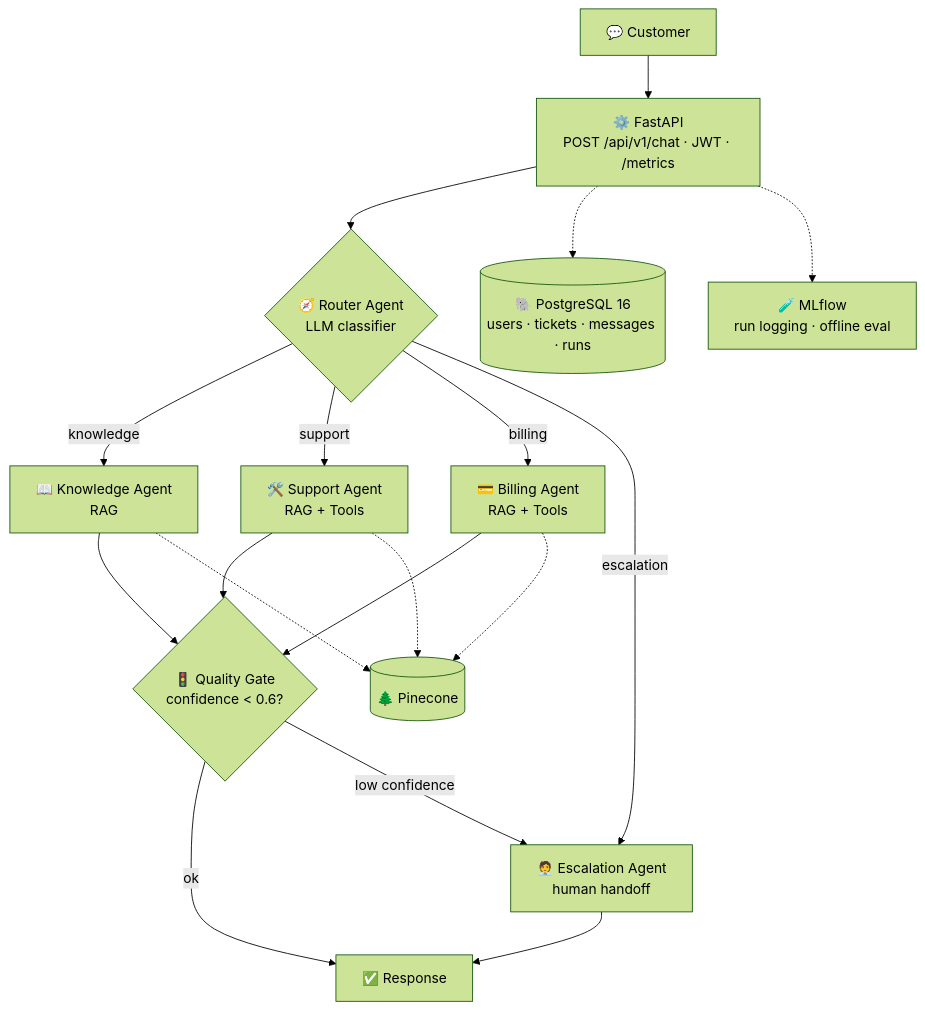
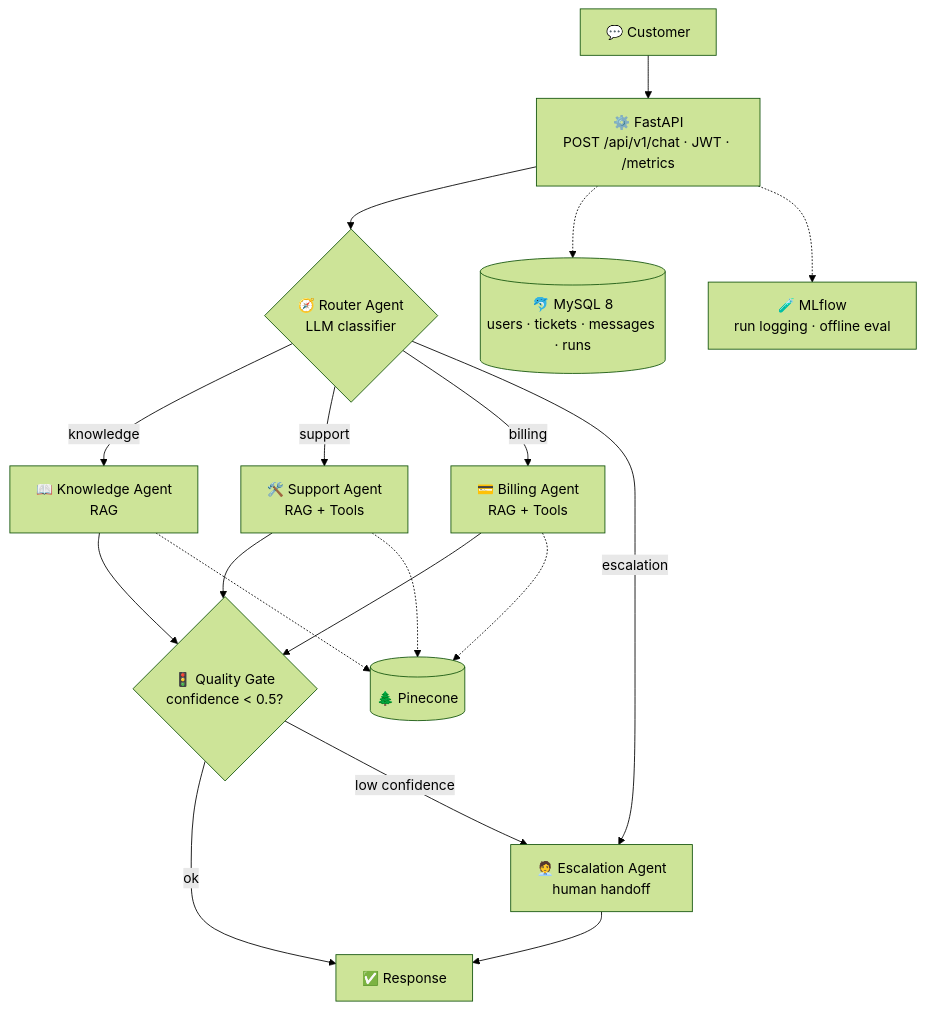
One commit to HabibZouari/ai-support-command-center changed the first of 3 diagrams in README.md. Above: the diagram before and after it, drawn with Mermaid (forest theme). The commit also changed other lines of this file, not shown here.

````diff
--- a/README.md
+++ b/README.md
@@ -65,20 +65,20 @@
 ```mermaid
 flowchart TD
     C[💬 Customer] --> API[⚙️ FastAPI<br/>POST /api/v1/chat · JWT · /metrics]
     API --> R{🧭 Router Agent<br/>LLM classifier}
     R -- knowledge --> K[📖 Knowledge Agent<br/>RAG]
     R -- support --> S[🛠️ Support Agent<br/>RAG + Tools]
     R -- billing --> B[💳 Billing Agent<br/>RAG + Tools]
     R -- escalation --> E[🧑‍💼 Escalation Agent<br/>human handoff]
-    K --> Q{🚦 Quality Gate<br/>confidence < 0.6?}
+    K --> Q{🚦 Quality Gate<br/>confidence < 0.5?}
     S --> Q
     B --> Q
     Q -- ok --> END[✅ Response]
     Q -- low confidence --> E
     E --> END
     K -.-> PC[(🌲 Pinecone)]
     S -.-> PC
     B -.-> PC
-    API -.-> PG[(🐘 PostgreSQL 16<br/>users · tickets · messages · runs)]
+    API -.-> PG[(🐬 MySQL 8<br/>users · tickets · messages · runs)]
     API -.-> ML[🧪 MLflow<br/>run logging · offline eval]
 ```
````
